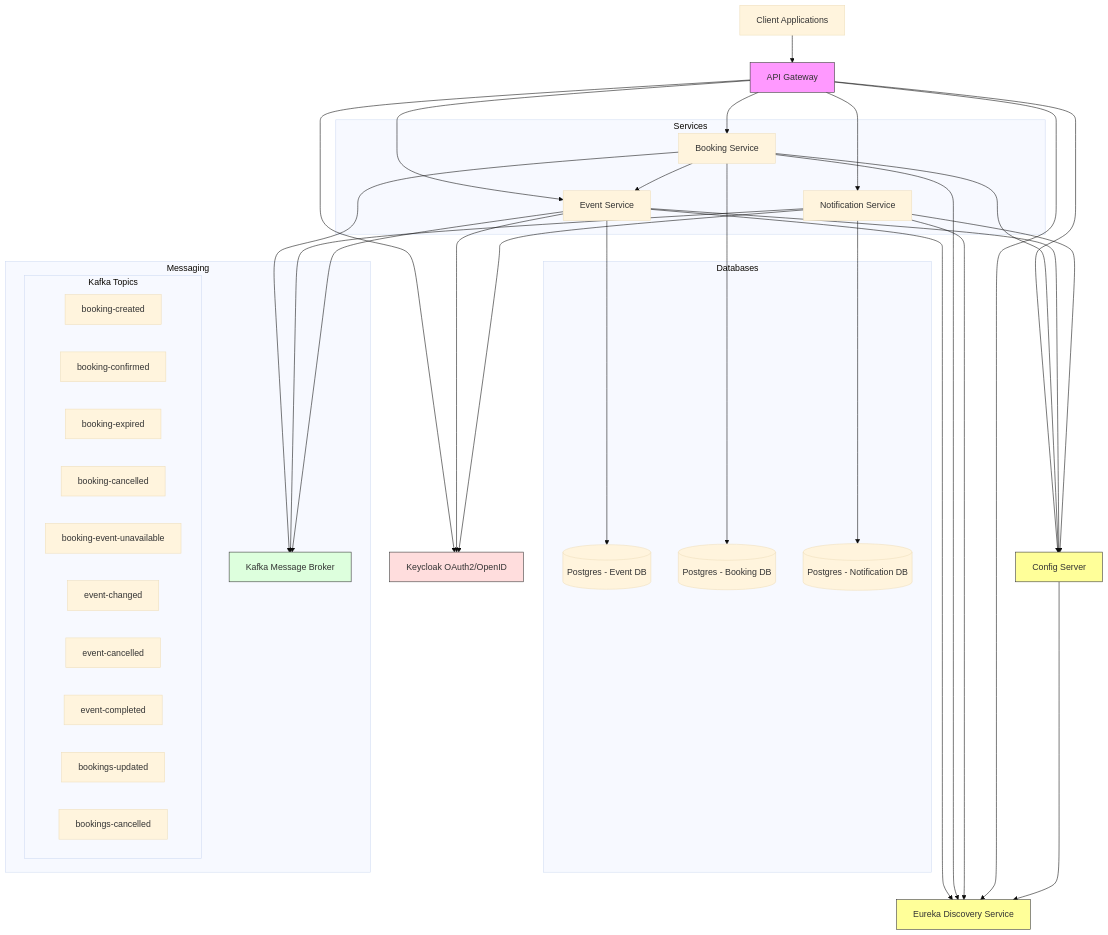
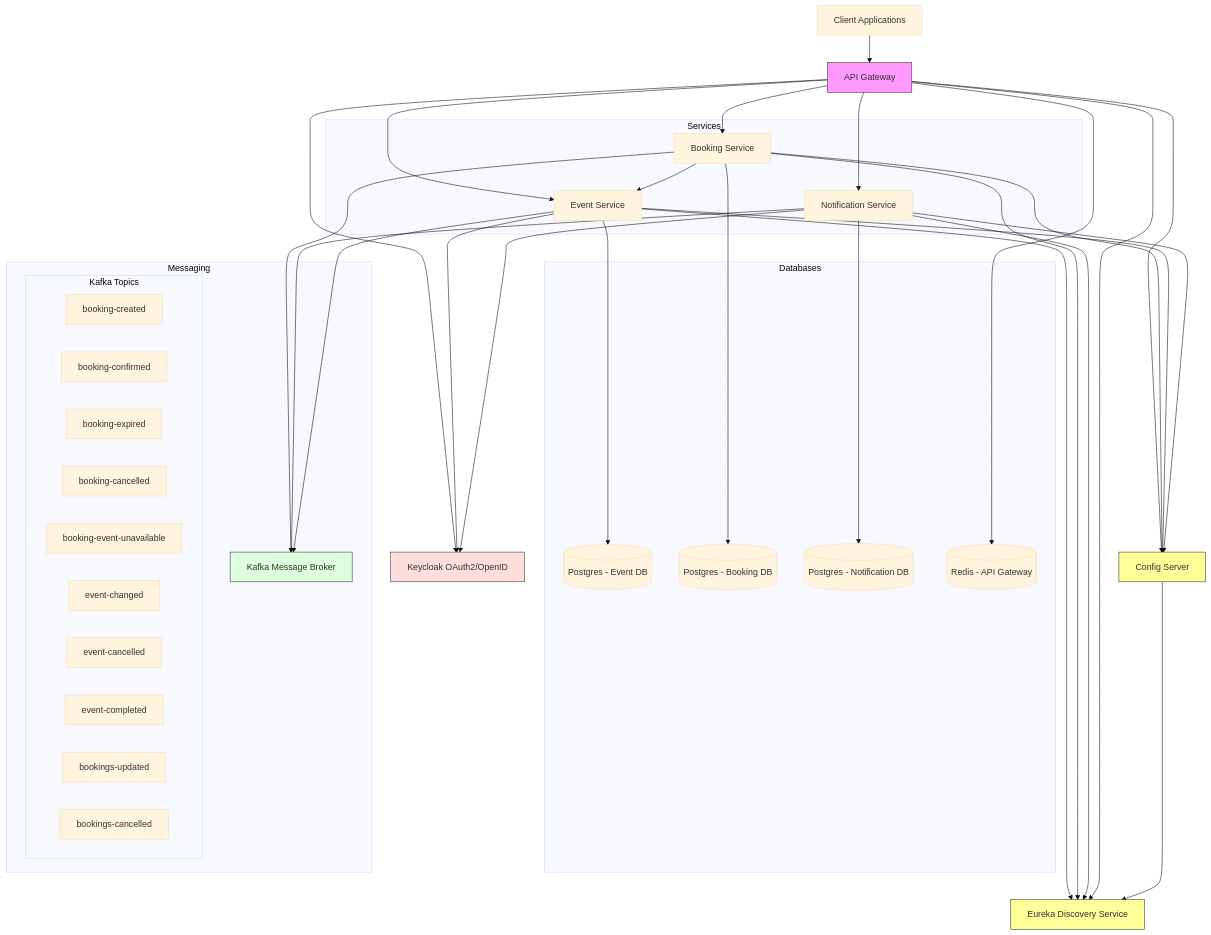
Before and after one commit to piper1970/event-booking-microservice: the diagram in system-architecture.mermaid, drawn with Mermaid (base theme). The commit also changed 12 other files, not shown here.

Commit message:
Finished rate-limiter logic in api-gateway, circuit-breaker in booking-service Updated mermaid diagram to include redis (api-gateway cache) Added redis to main docker-compose file

```diff
--- a/system-architecture.mermaid
+++ b/system-architecture.mermaid
@@ -1,72 +1,74 @@
 graph TB
     Client[Client Applications]
     Gateway[API Gateway]
     Config[Config Server]
     Eureka[Eureka Discovery Service]
     Keycloak[Keycloak OAuth2/OpenID]
     
     subgraph Services
         EventService[Event Service]
         BookingService[Booking Service]
         NotificationService[Notification Service]
     end
     
     subgraph Databases
         EventDB[(Postgres - Event DB)]
         BookingDB[(Postgres - Booking DB)]
         NotificationDB[(Postgres - Notification DB)]
+        Cache[(Redis - API Gateway)]
     end
     
     subgraph Messaging
         Kafka[Kafka Message Broker]
         
         subgraph Kafka Topics
             topic1[booking-created]
             topic2[booking-confirmed]
             topic3[booking-expired]
             topic4[booking-cancelled]
             topic5[booking-event-unavailable]
             topic6[event-changed]
             topic7[event-cancelled]
             topic8[event-completed]
             topic9[bookings-updated]
             topic10[bookings-cancelled]
         end
     end
 
     Client --> Gateway
 
     Gateway --> EventService
     Gateway --> BookingService
     Gateway --> NotificationService
+    Gateway --> Cache
 
     Gateway --> Keycloak
     EventService --> Keycloak
     NotificationService --> Keycloak
     
     EventService --> EventDB
     BookingService --> BookingDB
     NotificationService --> NotificationDB
     
     EventService --> Eureka
     BookingService --> Eureka
     NotificationService --> Eureka
     Gateway --> Eureka
     Config --> Eureka
 
     Gateway --> Config
     BookingService --> Config
     EventService --> Config
     NotificationService --> Config
 
     BookingService --> Kafka
     NotificationService --> Kafka
     EventService --> Kafka
 
     BookingService --> EventService
 
     style Gateway fill:#f9f,stroke:#333
     style Eureka fill:#ff9,stroke:#333
     style Config fill:#ff9,stroke:#333
     style Kafka fill:#dfd,stroke:#333
     style Keycloak fill:#fdd,stroke:#333
```
